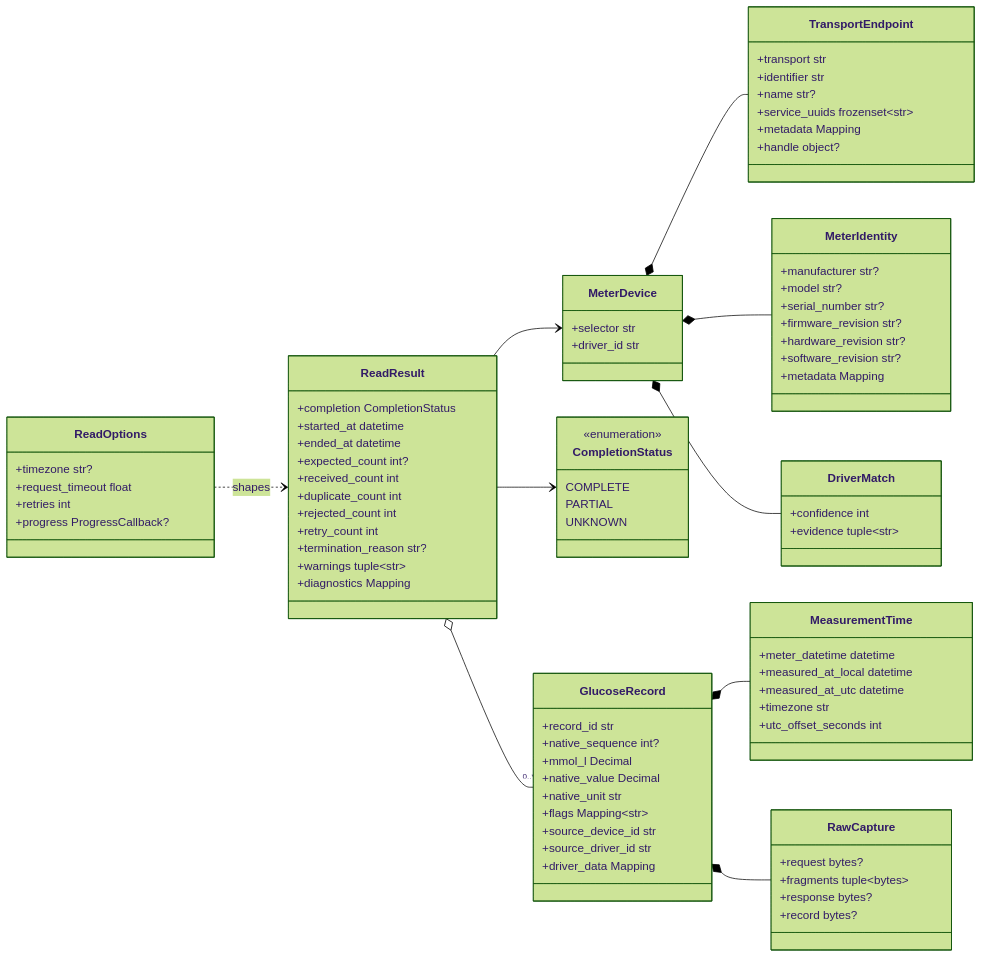
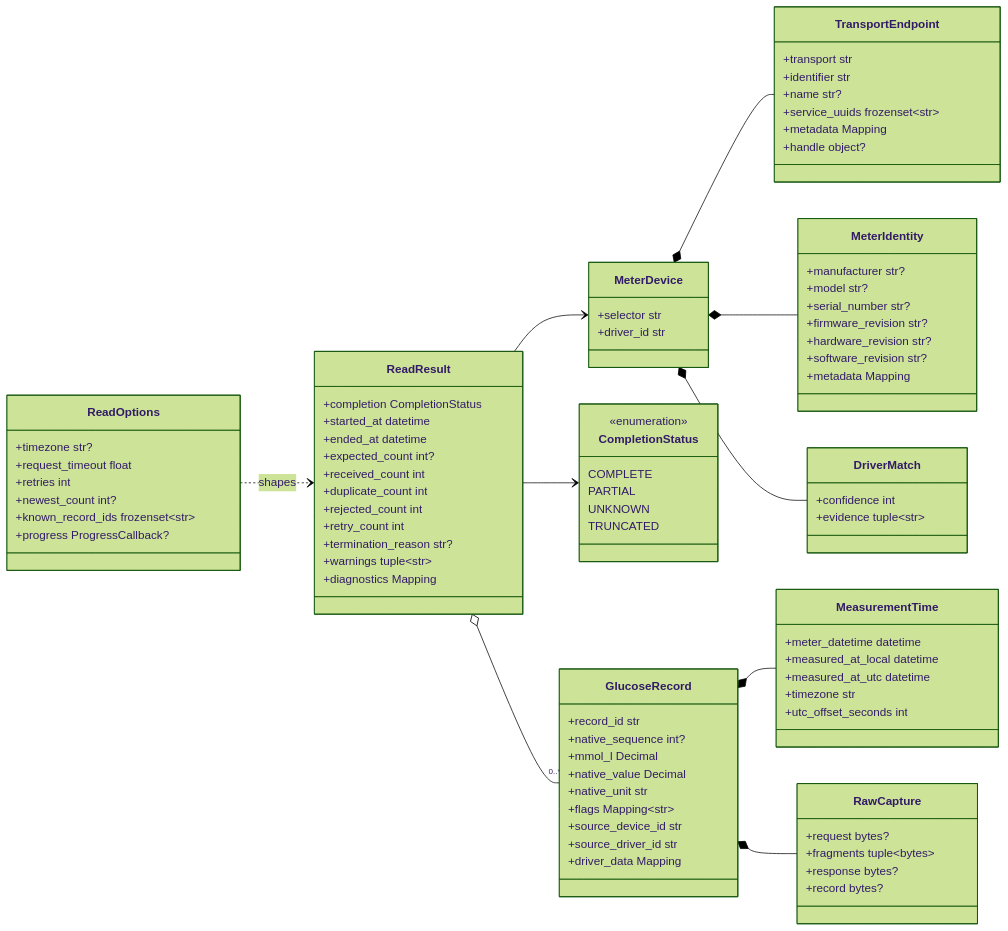
One commit to kiforsbe/bgmeter changed the fifth of 14 diagrams in ARCHITECTURE.md. Above: the diagram before and after it, drawn with Mermaid (forest theme). The commit also changed other lines of this file and 2 other files, not shown here.

Commit message:
docs: describe --newest, --new-only, and the truncated status

```diff
--- a/ARCHITECTURE.md
+++ b/ARCHITECTURE.md
@@ -461,6 +466,8 @@
         +timezone str?
         +request_timeout float
         +retries int
+        +newest_count int?
+        +known_record_ids frozenset~str~
         +progress ProgressCallback?
     }
     class ReadResult {
@@ -481,6 +488,7 @@
         COMPLETE
         PARTIAL
         UNKNOWN
+        TRUNCATED
     }
     class GlucoseRecord {
         +record_id str
```
